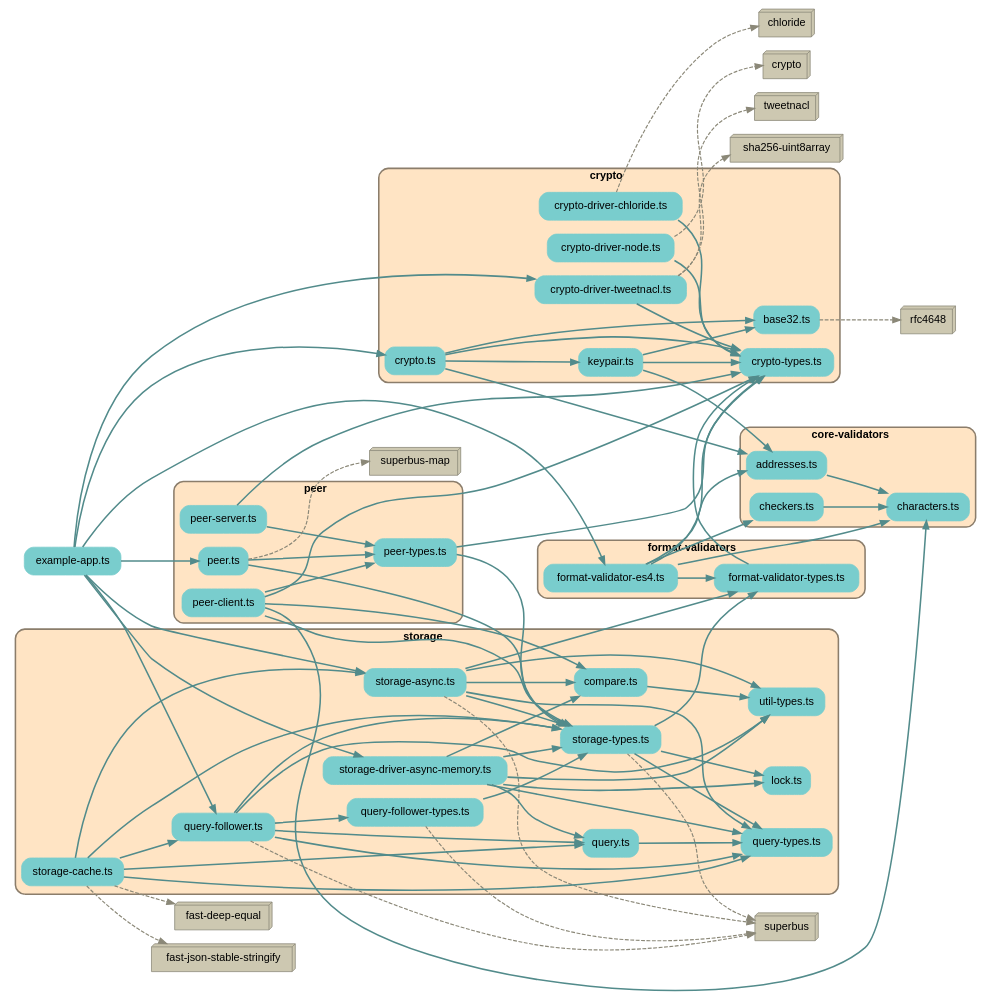
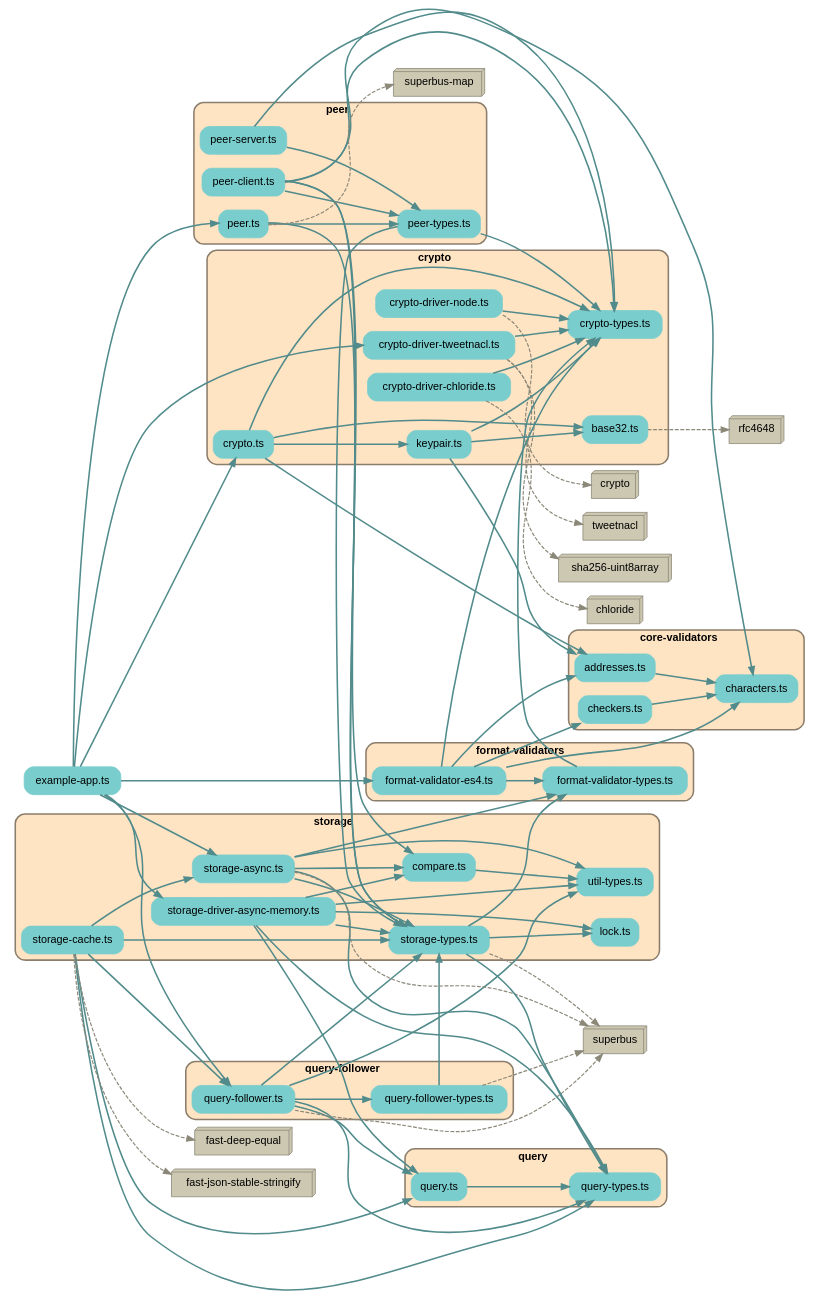
Before and after one commit to earthstar-project/earthstar: the diagram in depchart/depchart-deps.dot, drawn with Graphviz. The commit also changed 25 other files, not shown here.

Commit message:
move query-follower to its own folder; update depcharts

```diff
--- a/depchart/depchart-deps.dot
+++ b/depchart/depchart-deps.dot
@@ -13,7 +13,7 @@
     // files in their folder clusters
         "src/example-app.ts" [label="example-app.ts", shape=rectangle; style="rounded,filled"; color=darkslategray3];
 
-        subgraph cluster1972685206 {
+        subgraph cluster1922687983 {
             label=<<b>core-validators</b>>;
             style="rounded,filled";
             fillcolor=bisque;
@@ -25,7 +25,7 @@
             "src/core-validators/checkers.ts" [label="checkers.ts", shape=rectangle; style="rounded,filled"; color=darkslategray3];
         }
 
-        subgraph cluster2665625277 {
+        subgraph cluster9500547067 {
             label=<<b>crypto</b>>;
             style="rounded,filled";
             fillcolor=bisque;
@@ -41,7 +41,7 @@
             "src/crypto/keypair.ts" [label="keypair.ts", shape=rectangle; style="rounded,filled"; color=darkslategray3];
         }
 
-        subgraph cluster4963276430 {
+        subgraph cluster6426266908 {
             label=<<b>format-validators</b>>;
             style="rounded,filled";
             fillcolor=bisque;
@@ -52,7 +52,7 @@
             "src/format-validators/format-validator-types.ts" [label="format-validator-types.ts", shape=rectangle; style="rounded,filled"; color=darkslategray3];
         }
 
-        subgraph cluster5016901172 {
+        subgraph cluster575569090 {
             label=<<b>peer</b>>;
             style="rounded,filled";
             fillcolor=bisque;
@@ -65,7 +65,29 @@
             "src/peer/peer.ts" [label="peer.ts", shape=rectangle; style="rounded,filled"; color=darkslategray3];
         }
 
-        subgraph cluster5054336180 {
+        subgraph cluster1025495158 {
+            label=<<b>query-follower</b>>;
+            style="rounded,filled";
+            fillcolor=bisque;
+            color=bisque4;
+            penwidth=2;
+                    
+            "src/query-follower/query-follower-types.ts" [label="query-follower-types.ts", shape=rectangle; style="rounded,filled"; color=darkslategray3];
+            "src/query-follower/query-follower.ts" [label="query-follower.ts", shape=rectangle; style="rounded,filled"; color=darkslategray3];
+        }
+
+        subgraph cluster2144555012 {
+            label=<<b>query</b>>;
+            style="rounded,filled";
+            fillcolor=bisque;
+            color=bisque4;
+            penwidth=2;
+                    
+            "src/query/query-types.ts" [label="query-types.ts", shape=rectangle; style="rounded,filled"; color=darkslategray3];
+            "src/query/query.ts" [label="query.ts", shape=rectangle; style="rounded,filled"; color=darkslategray3];
+        }
+
+        subgraph cluster8049702507 {
             label=<<b>storage</b>>;
             style="rounded,filled";
             fillcolor=bisque;
@@ -74,10 +96,6 @@
                     
             "src/storage/compare.ts" [label="compare.ts", shape=rectangle; style="rounded,filled"; color=darkslategray3];
             "src/storage/lock.ts" [label="lock.ts", shape=rectangle; style="rounded,filled"; color=darkslategray3];
-            "src/storage/query-follower-types.ts" [label="query-follower-types.ts", shape=rectangle; style="rounded,filled"; color=darkslategray3];
-            "src/storage/query-follower.ts" [label="query-follower.ts", shape=rectangle; style="rounded,filled"; color=darkslategray3];
-            "src/storage/query-types.ts" [label="query-types.ts", shape=rectangle; style="rounded,filled"; color=darkslategray3];
-            "src/storage/query.ts" [label="query.ts", shape=rectangle; style="rounded,filled"; color=darkslategray3];
             "src/storage/storage-async.ts" [label="storage-async.ts", shape=rectangle; style="rounded,filled"; color=darkslategray3];
             "src/storage/storage-cache.ts" [label="storage-cache.ts", shape=rectangle; style="rounded,filled"; color=darkslategray3];
             "src/storage/storage-driver-async-memory.ts" [label="storage-driver-async-memory.ts", shape=rectangle; style="rounded,filled"; color=darkslategray3];
@@ -114,7 +132,7 @@
     "src/example-app.ts" -> "src/storage/storage-async.ts" [penwidth=2; color=darkslategray4];
     "src/example-app.ts" -> "src/crypto/crypto.ts" [penwidth=2; color=darkslategray4];
     "src/example-app.ts" -> "src/crypto/crypto-driver-tweetnacl.ts" [penwidth=2; color=darkslategray4];
-    "src/example-app.ts" -> "src/storage/query-follower.ts" [penwidth=2; color=darkslategray4];
+    "src/example-app.ts" -> "src/query-follower/query-follower.ts" [penwidth=2; color=darkslategray4];
     "src/example-app.ts" -> "src/peer/peer.ts" [penwidth=2; color=darkslategray4];
     "src/format-validators/format-validator-es4.ts" -> "src/format-validators/format-validator-types.ts" [penwidth=2; color=darkslategray4];
     "src/format-validators/format-validator-es4.ts" -> "src/crypto/crypto-types.ts" [penwidth=2; color=darkslategray4];
@@ -133,31 +151,31 @@
     "src/peer/peer-types.ts" -> "src/crypto/crypto-types.ts" [penwidth=2; color=darkslategray4];
     "src/peer/peer.ts" -> "src/storage/storage-types.ts" [penwidth=2; color=darkslategray4];
     "src/peer/peer.ts" -> "src/peer/peer-types.ts" [penwidth=2; color=darkslategray4];
+    "src/query-follower/query-follower-types.ts" -> "src/storage/storage-types.ts" [penwidth=2; color=darkslategray4];
+    "src/query-follower/query-follower.ts" -> "src/storage/util-types.ts" [penwidth=2; color=darkslategray4];
+    "src/query-follower/query-follower.ts" -> "src/query/query-types.ts" [penwidth=2; color=darkslategray4];
+    "src/query-follower/query-follower.ts" -> "src/storage/storage-types.ts" [penwidth=2; color=darkslategray4];
+    "src/query-follower/query-follower.ts" -> "src/query/query.ts" [penwidth=2; color=darkslategray4];
+    "src/query-follower/query-follower.ts" -> "src/query-follower/query-follower-types.ts" [penwidth=2; color=darkslategray4];
+    "src/query/query.ts" -> "src/query/query-types.ts" [penwidth=2; color=darkslategray4];
     "src/storage/compare.ts" -> "src/storage/util-types.ts" [penwidth=2; color=darkslategray4];
-    "src/storage/query-follower-types.ts" -> "src/storage/storage-types.ts" [penwidth=2; color=darkslategray4];
-    "src/storage/query-follower.ts" -> "src/storage/util-types.ts" [penwidth=2; color=darkslategray4];
-    "src/storage/query-follower.ts" -> "src/storage/query-types.ts" [penwidth=2; color=darkslategray4];
-    "src/storage/query-follower.ts" -> "src/storage/storage-types.ts" [penwidth=2; color=darkslategray4];
-    "src/storage/query-follower.ts" -> "src/storage/query.ts" [penwidth=2; color=darkslategray4];
-    "src/storage/query-follower.ts" -> "src/storage/query-follower-types.ts" [penwidth=2; color=darkslategray4];
-    "src/storage/query.ts" -> "src/storage/query-types.ts" [penwidth=2; color=darkslategray4];
     "src/storage/storage-async.ts" -> "src/storage/util-types.ts" [penwidth=2; color=darkslategray4];
-    "src/storage/storage-async.ts" -> "src/storage/query-types.ts" [penwidth=2; color=darkslategray4];
+    "src/storage/storage-async.ts" -> "src/query/query-types.ts" [penwidth=2; color=darkslategray4];
     "src/storage/storage-async.ts" -> "src/storage/storage-types.ts" [penwidth=2; color=darkslategray4];
     "src/storage/storage-async.ts" -> "src/format-validators/format-validator-types.ts" [penwidth=2; color=darkslategray4];
     "src/storage/storage-async.ts" -> "src/storage/compare.ts" [penwidth=2; color=darkslategray4];
-    "src/storage/storage-cache.ts" -> "src/storage/query.ts" [penwidth=2; color=darkslategray4];
-    "src/storage/storage-cache.ts" -> "src/storage/query-follower.ts" [penwidth=2; color=darkslategray4];
-    "src/storage/storage-cache.ts" -> "src/storage/query-types.ts" [penwidth=2; color=darkslategray4];
+    "src/storage/storage-cache.ts" -> "src/query/query.ts" [penwidth=2; color=darkslategray4];
+    "src/storage/storage-cache.ts" -> "src/query-follower/query-follower.ts" [penwidth=2; color=darkslategray4];
+    "src/storage/storage-cache.ts" -> "src/query/query-types.ts" [penwidth=2; color=darkslategray4];
     "src/storage/storage-cache.ts" -> "src/storage/storage-async.ts" [penwidth=2; color=darkslategray4];
     "src/storage/storage-cache.ts" -> "src/storage/storage-types.ts" [penwidth=2; color=darkslategray4];
     "src/storage/storage-driver-async-memory.ts" -> "src/storage/util-types.ts" [penwidth=2; color=darkslategray4];
-    "src/storage/storage-driver-async-memory.ts" -> "src/storage/query-types.ts" [penwidth=2; color=darkslategray4];
+    "src/storage/storage-driver-async-memory.ts" -> "src/query/query-types.ts" [penwidth=2; color=darkslategray4];
     "src/storage/storage-driver-async-memory.ts" -> "src/storage/storage-types.ts" [penwidth=2; color=darkslategray4];
     "src/storage/storage-driver-async-memory.ts" -> "src/storage/compare.ts" [penwidth=2; color=darkslategray4];
-    "src/storage/storage-driver-async-memory.ts" -> "src/storage/query.ts" [penwidth=2; color=darkslategray4];
+    "src/storage/storage-driver-async-memory.ts" -> "src/query/query.ts" [penwidth=2; color=darkslategray4];
     "src/storage/storage-driver-async-memory.ts" -> "src/storage/lock.ts" [penwidth=2; color=darkslategray4];
-    "src/storage/storage-types.ts" -> "src/storage/query-types.ts" [penwidth=2; color=darkslategray4];
+    "src/storage/storage-types.ts" -> "src/query/query-types.ts" [penwidth=2; color=darkslategray4];
     "src/storage/storage-types.ts" -> "src/format-validators/format-validator-types.ts" [penwidth=2; color=darkslategray4];
     "src/storage/storage-types.ts" -> "src/storage/lock.ts" [penwidth=2; color=darkslategray4];
 
@@ -168,8 +186,8 @@
     "src/crypto/crypto-driver-tweetnacl.ts" -> "tweetnacl" [penwidth=1.5; style=dashed, color=cornsilk4, weight=1];
     "src/crypto/crypto-driver-tweetnacl.ts" -> "sha256-uint8array" [penwidth=1.5; style=dashed, color=cornsilk4, weight=1];
     "src/peer/peer.ts" -> "superbus-map" [penwidth=1.5; style=dashed, color=cornsilk4, weight=1];
-    "src/storage/query-follower-types.ts" -> "superbus" [penwidth=1.5; style=dashed, color=cornsilk4, weight=1];
-    "src/storage/query-follower.ts" -> "superbus" [penwidth=1.5; style=dashed, color=cornsilk4, weight=1];
+    "src/query-follower/query-follower-types.ts" -> "superbus" [penwidth=1.5; style=dashed, color=cornsilk4, weight=1];
+    "src/query-follower/query-follower.ts" -> "superbus" [penwidth=1.5; style=dashed, color=cornsilk4, weight=1];
     "src/storage/storage-async.ts" -> "superbus" [penwidth=1.5; style=dashed, color=cornsilk4, weight=1];
     "src/storage/storage-cache.ts" -> "fast-deep-equal" [penwidth=1.5; style=dashed, color=cornsilk4, weight=1];
     "src/storage/storage-cache.ts" -> "fast-json-stable-stringify" [penwidth=1.5; style=dashed, color=cornsilk4, weight=1];
```
